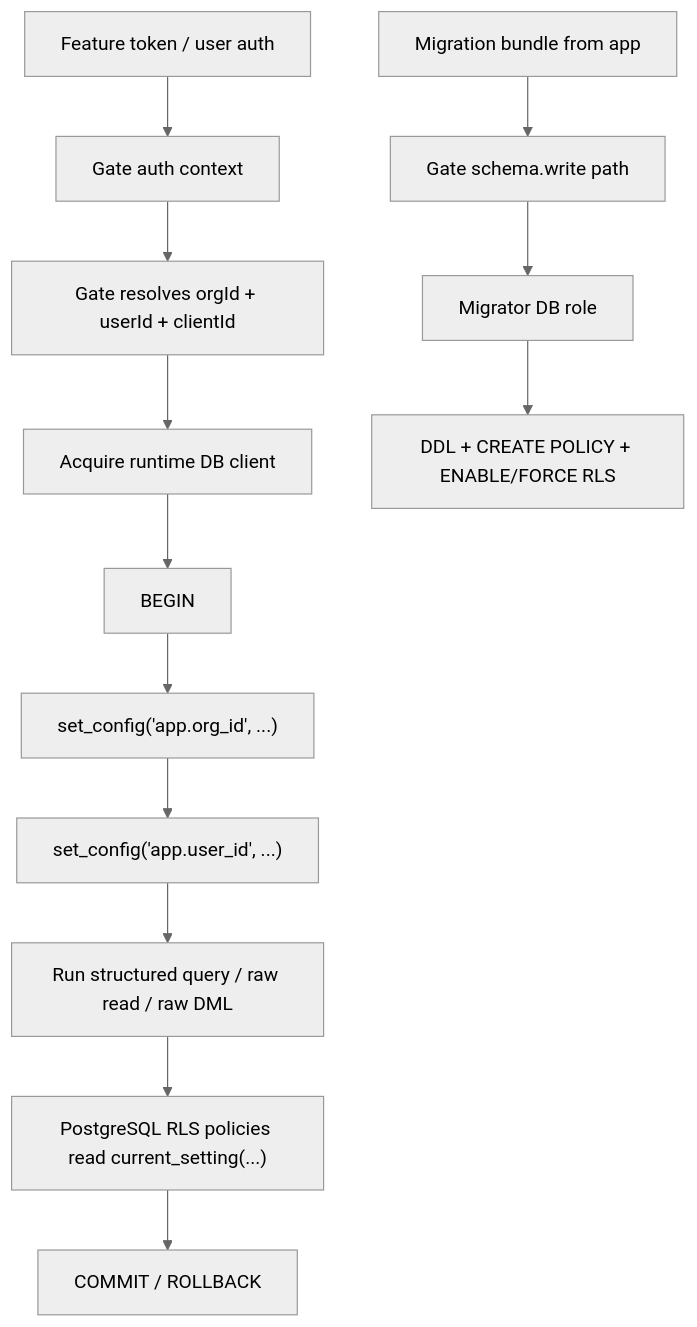
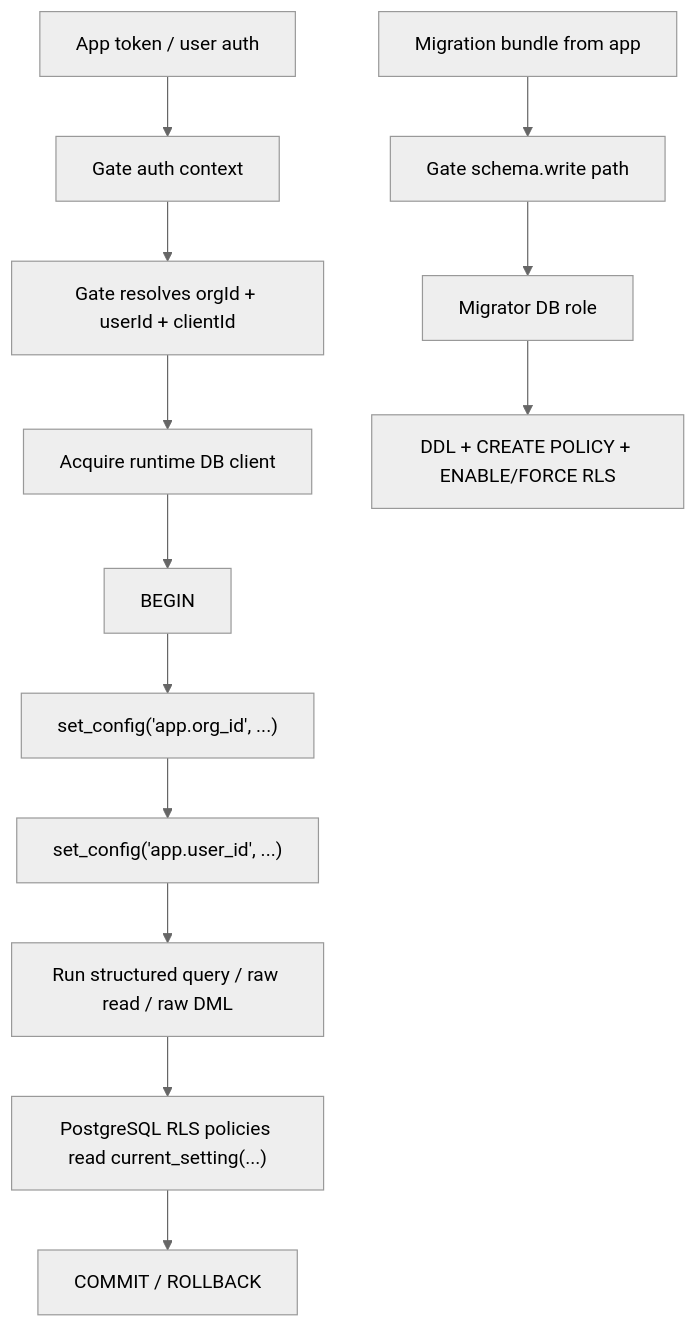
Before and after one commit to fusebase-dev/fusebase-cli: the first of 2 diagrams in project-template/.claude/skills/fusebase-gate/references/isolated-sql-rls-plan.md, drawn with Mermaid (neutral theme). The commit also changed other lines of this file and 113 other files, not shown here.

````diff
--- a/project-template/.claude/skills/fusebase-gate/references/isolated-sql-rls-plan.md
+++ b/project-template/.claude/skills/fusebase-gate/references/isolated-sql-rls-plan.md
@@ -211,16 +211,16 @@
 ```mermaid
 flowchart TD
-  A["Feature token / user auth"] --> B["Gate auth context"]
+  A["App token / user auth"] --> B["Gate auth context"]
   B --> C["Gate resolves orgId + userId + clientId"]
   C --> D["Acquire runtime DB client"]
   D --> E["BEGIN"]
   E --> F["set_config('app.org_id', ...)"]
   F --> G["set_config('app.user_id', ...)"]
   G --> H["Run structured query / raw read / raw DML"]
   H --> I["PostgreSQL RLS policies read current_setting(...)"]
   I --> J["COMMIT / ROLLBACK"]
 
   K["Migration bundle from app"] --> L["Gate schema.write path"]
   L --> M["Migrator DB role"]
   M --> N["DDL + CREATE POLICY + ENABLE/FORCE RLS"]
 ```
````
